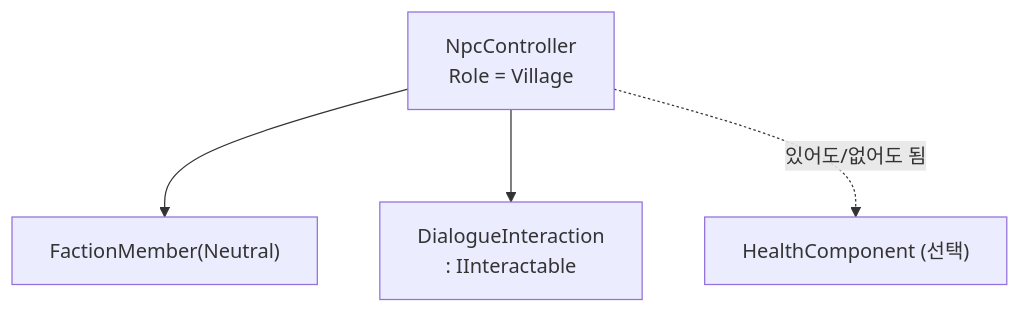
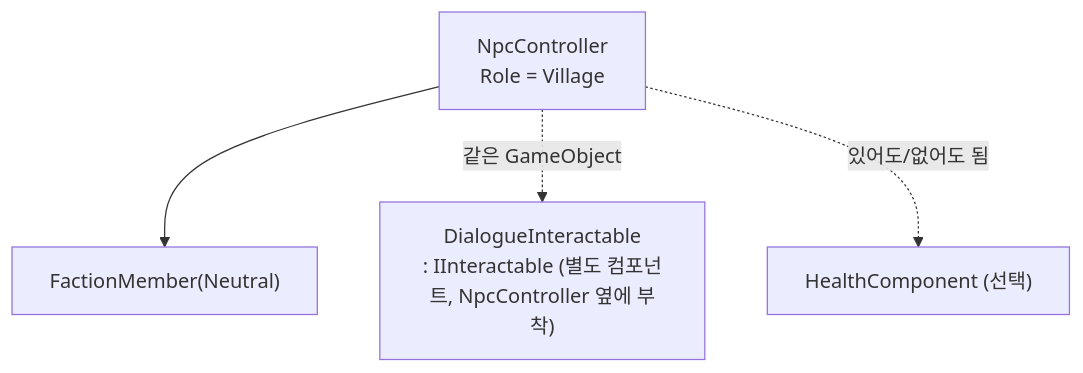
The second of 4 diagrams in documents/npc-roles.md (Seung-Hyun-211/ClaudeUnityPluginTest), drawn with Mermaid before and after one commit. The commit also changed other lines of this file and 13 other files, not shown here.

````diff
--- a/documents/npc-roles.md
+++ b/documents/npc-roles.md
@@ -57,11 +56,11 @@
 ```mermaid
 graph TD
     NpcController["NpcController<br/>Role = Village"]
     FactionMember["FactionMember(Neutral)"]
-    DialogueInteraction["DialogueInteraction<br/>: IInteractable"]
+    DialogueInteractable["DialogueInteractable<br/>: IInteractable (별도 컴포넌트, NpcController 옆에 부착)"]
     HealthOptional["HealthComponent (선택)"]
 
     NpcController --> FactionMember
-    NpcController --> DialogueInteraction
+    NpcController -.같은 GameObject.-> DialogueInteractable
     NpcController -.있어도/없어도 됨.-> HealthOptional
 ```
````
